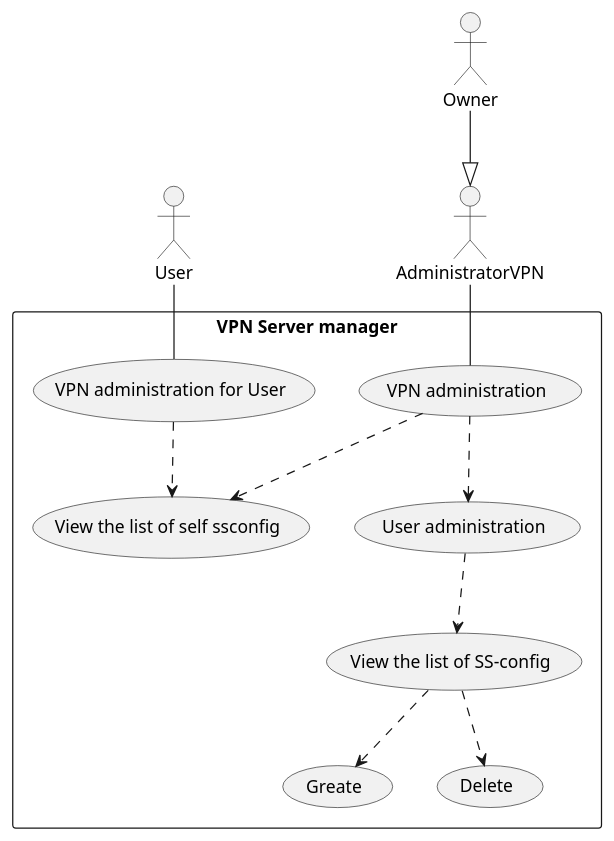
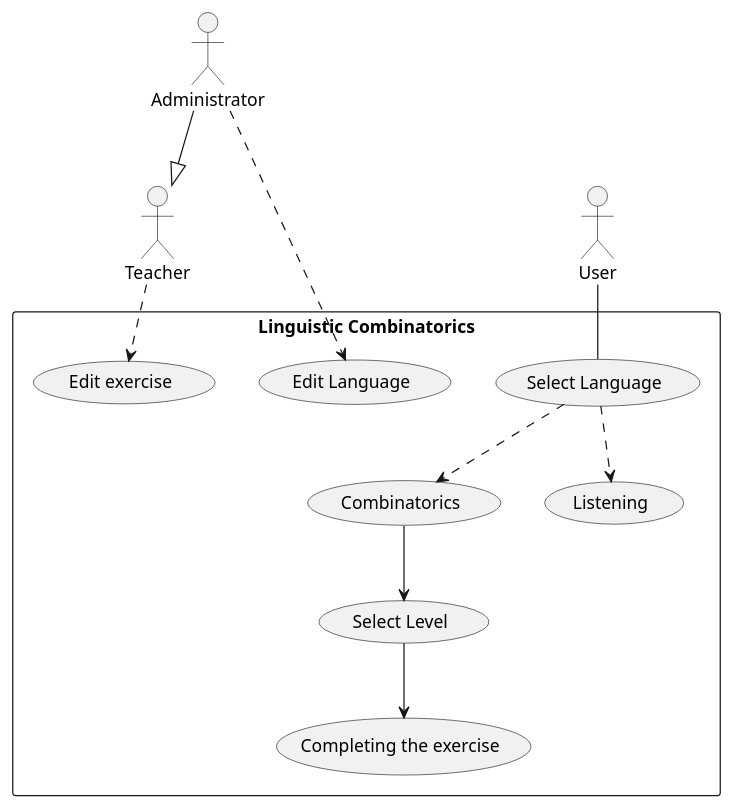
One commit to MaratDevOps/LinguisticCombinatorics changed the diagram in UserCaseDiagram.plantuml. Above: the diagram before and after it, drawn with PlantUML.

Commit message:
Первое исполнение

```diff
--- a/UserCaseDiagram.plantuml
+++ b/UserCaseDiagram.plantuml
@@ -1,20 +1,20 @@
 @startuml UserCaseMain
 
-actor AdministratorVPN
-actor Owner 
+actor Administrator
+actor Teacher 
 actor User
-Owner --|> AdministratorVPN
+Administrator --|> Teacher
 
-rectangle "VPN Server manager" {  
-    AdministratorVPN -- (VPN administration)
-    User -- (VPN administration for User)
-    (VPN administration) ..> (User administration)
-    (VPN administration)..> (View the list of self ssconfig)
-    (User administration) ..> (View the list of SS-config)
-    (View the list of SS-config) ..> (Greate) 
-    (View the list of SS-config) ..> (Delete)
-   
-    (VPN administration for User) ..> (View the list of self ssconfig)
-
+rectangle "Linguistic Combinatorics" {  
+    User -- (Select Language)
+    /'доработать: на каждый язык свой бот'/
+    (Select Language) ..> (Combinatorics)
+    (Select Language) ..> (Listening)
+    (Combinatorics) --> (Select Level)
+    (Select Level) --> (Сompleting the exercise)
+    
+    (Teacher)..> (Edit exercise)
+    (Administrator) ..> (Edit Language)
+    
 }
 @enduml
```
